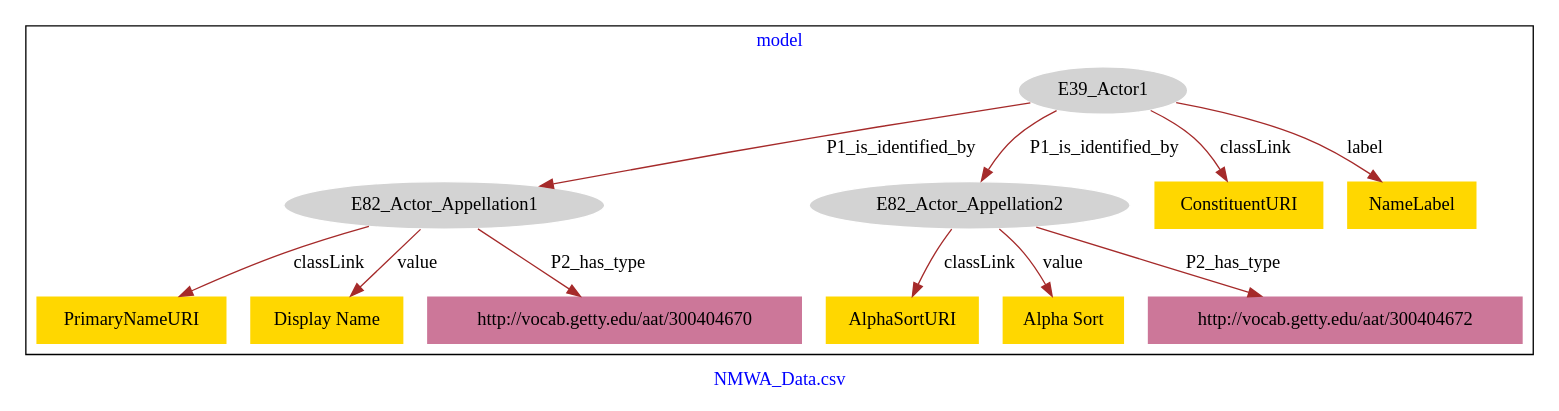
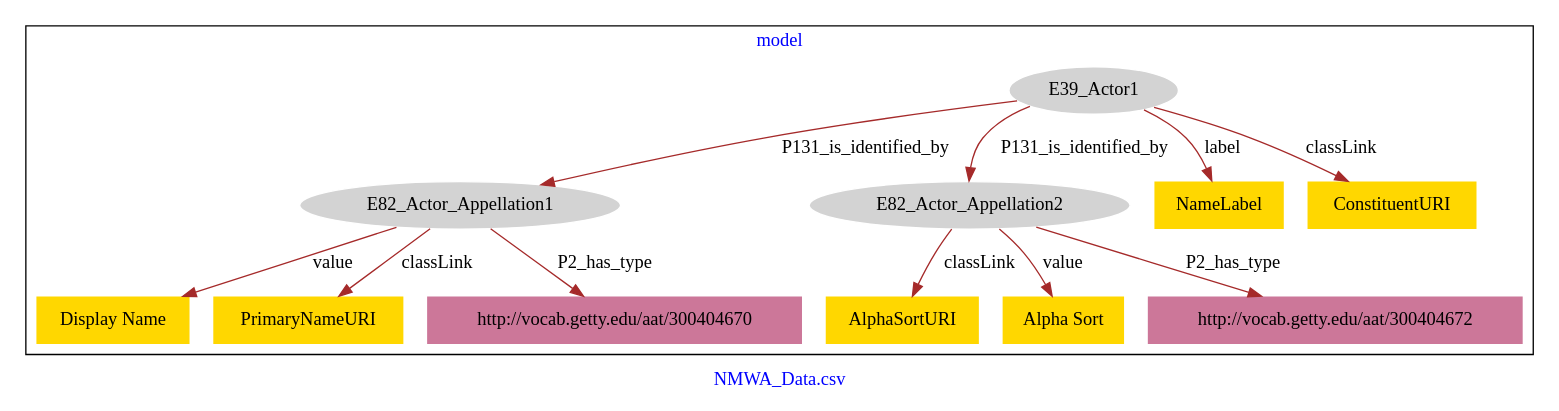
One commit to american-art/nmwa changed the diagram in Actor/NMWA_Actor-model.dot. Above: the diagram before and after it, drawn with Graphviz.

Commit message:
Update file NMWA_Actor-model.dot

```diff
--- a/Actor/NMWA_Actor-model.dot
+++ b/Actor/NMWA_Actor-model.dot
@@ -1,29 +1,29 @@
 digraph n0 {
 fontcolor="blue"
 remincross="true"
 label="NMWA_Data.csv"
 subgraph cluster {
 label="model"
 n2[style="filled",color="white",fillcolor="lightgray",label="E39_Actor1"];
 n3[style="filled",color="white",fillcolor="lightgray",label="E82_Actor_Appellation1"];
 n4[style="filled",color="white",fillcolor="lightgray",label="E82_Actor_Appellation2"];
 n5[shape="plaintext",style="filled",fillcolor="gold",label="AlphaSortURI"];
-n6[shape="plaintext",style="filled",fillcolor="gold",label="Alpha Sort"];
-n7[shape="plaintext",style="filled",fillcolor="gold",label="PrimaryNameURI"];
-n8[shape="plaintext",style="filled",fillcolor="gold",label="Display Name"];
-n9[shape="plaintext",style="filled",fillcolor="gold",label="ConstituentURI"];
-n10[shape="plaintext",style="filled",fillcolor="gold",label="NameLabel"];
+n6[shape="plaintext",style="filled",fillcolor="gold",label="NameLabel"];
+n7[shape="plaintext",style="filled",fillcolor="gold",label="Display Name"];
+n8[shape="plaintext",style="filled",fillcolor="gold",label="PrimaryNameURI"];
+n9[shape="plaintext",style="filled",fillcolor="gold",label="Alpha Sort"];
+n10[shape="plaintext",style="filled",fillcolor="gold",label="ConstituentURI"];
 n11[shape="plaintext",style="filled",fillcolor="#CC7799",label="http://vocab.getty.edu/aat/300404672"];
 n12[shape="plaintext",style="filled",fillcolor="#CC7799",label="http://vocab.getty.edu/aat/300404670"];
 }
-n2 -> n3[color="brown",fontcolor="black",label="P1_is_identified_by"]
-n2 -> n4[color="brown",fontcolor="black",label="P1_is_identified_by"]
+n2 -> n3[color="brown",fontcolor="black",label="P131_is_identified_by"]
+n2 -> n4[color="brown",fontcolor="black",label="P131_is_identified_by"]
 n4 -> n5[color="brown",fontcolor="black",label="classLink"]
-n4 -> n6[color="brown",fontcolor="black",label="value"]
-n3 -> n7[color="brown",fontcolor="black",label="classLink"]
-n3 -> n8[color="brown",fontcolor="black",label="value"]
-n2 -> n9[color="brown",fontcolor="black",label="classLink"]
-n2 -> n10[color="brown",fontcolor="black",label="label"]
+n2 -> n6[color="brown",fontcolor="black",label="label"]
+n3 -> n7[color="brown",fontcolor="black",label="value"]
+n3 -> n8[color="brown",fontcolor="black",label="classLink"]
+n4 -> n9[color="brown",fontcolor="black",label="value"]
+n2 -> n10[color="brown",fontcolor="black",label="classLink"]
 n4 -> n11[color="brown",fontcolor="black",label="P2_has_type"]
 n3 -> n12[color="brown",fontcolor="black",label="P2_has_type"]
 }
```
